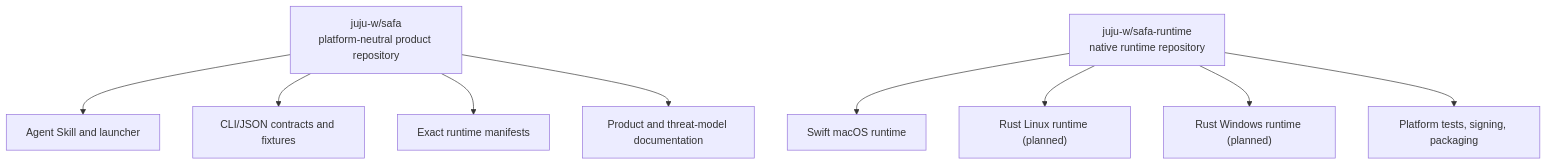
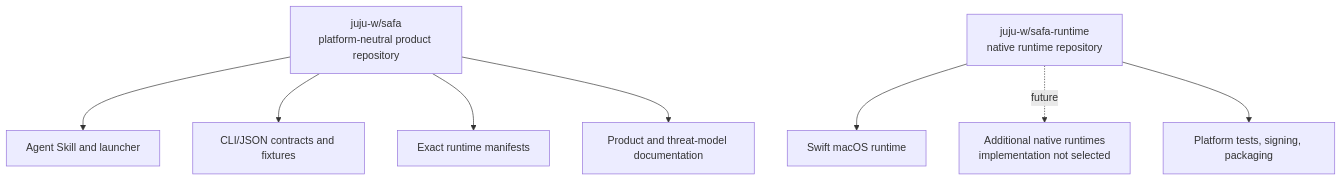
The first of 3 diagrams in docs/architecture.md (juju-w/safa), drawn with Mermaid before and after one commit. The commit also changed other lines of this file and 4 other files, not shown here.

Commit message:
fix(architecture): keep Skill entry script-based

````diff
--- a/docs/architecture.md
+++ b/docs/architecture.md
@@ -14,15 +14,14 @@
 ```mermaid
 flowchart TB
     Product["juju-w/safa\nplatform-neutral product repository"]
     Runtime["juju-w/safa-runtime\nnative runtime repository"]
 
     Product --> Skill["Agent Skill and launcher"]
     Product --> PublicContracts["CLI/JSON contracts and fixtures"]
     Product --> Manifest["Exact runtime manifests"]
     Product --> ProductDocs["Product and threat-model documentation"]
 
     Runtime --> Swift["Swift macOS runtime"]
-    Runtime --> RustLinux["Rust Linux runtime (planned)"]
-    Runtime --> RustWindows["Rust Windows runtime (planned)"]
+    Runtime -. future .-> Other["Additional native runtimes\nimplementation not selected"]
     Runtime --> RuntimeTests["Platform tests, signing, packaging"]
 ```
````
